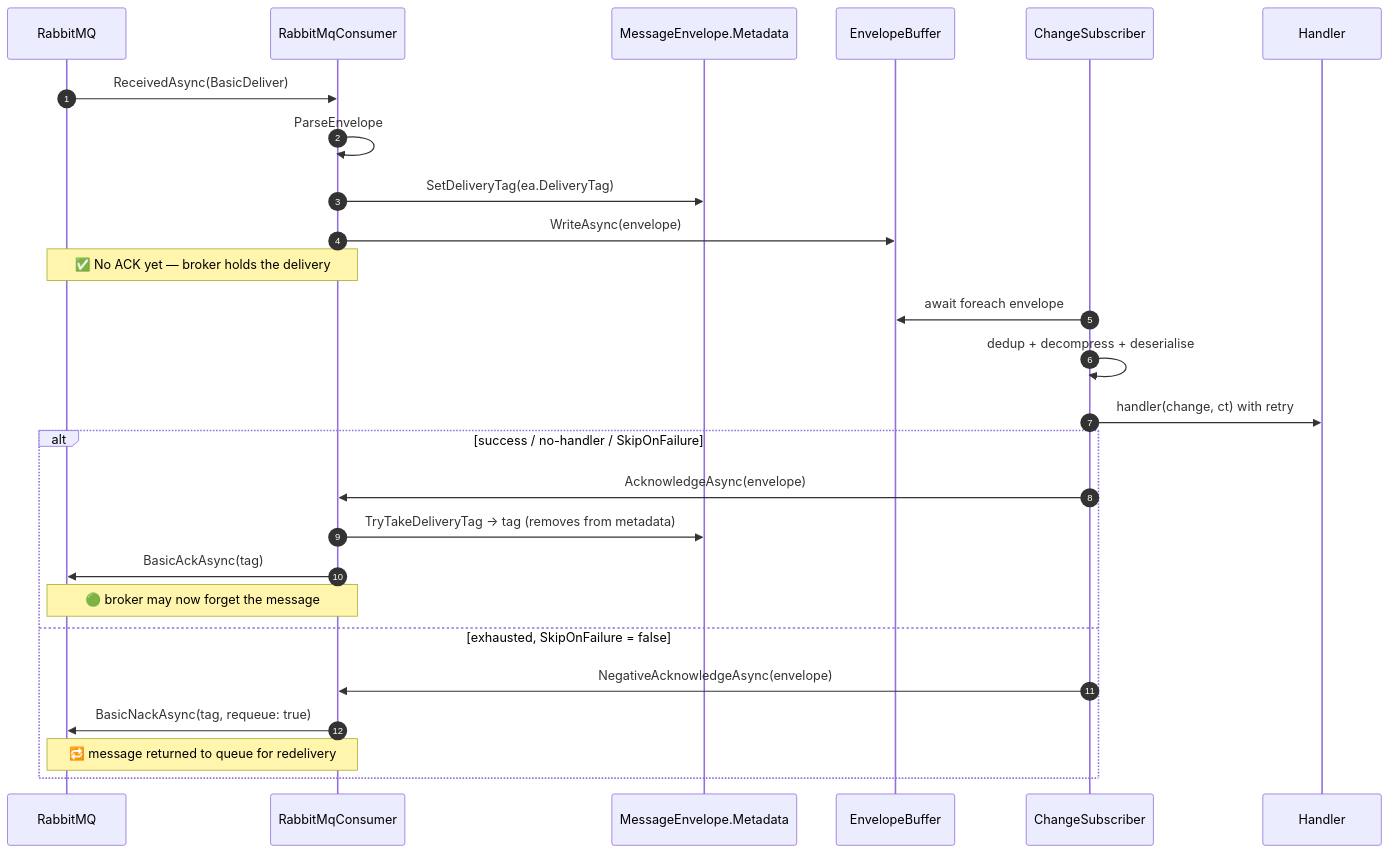
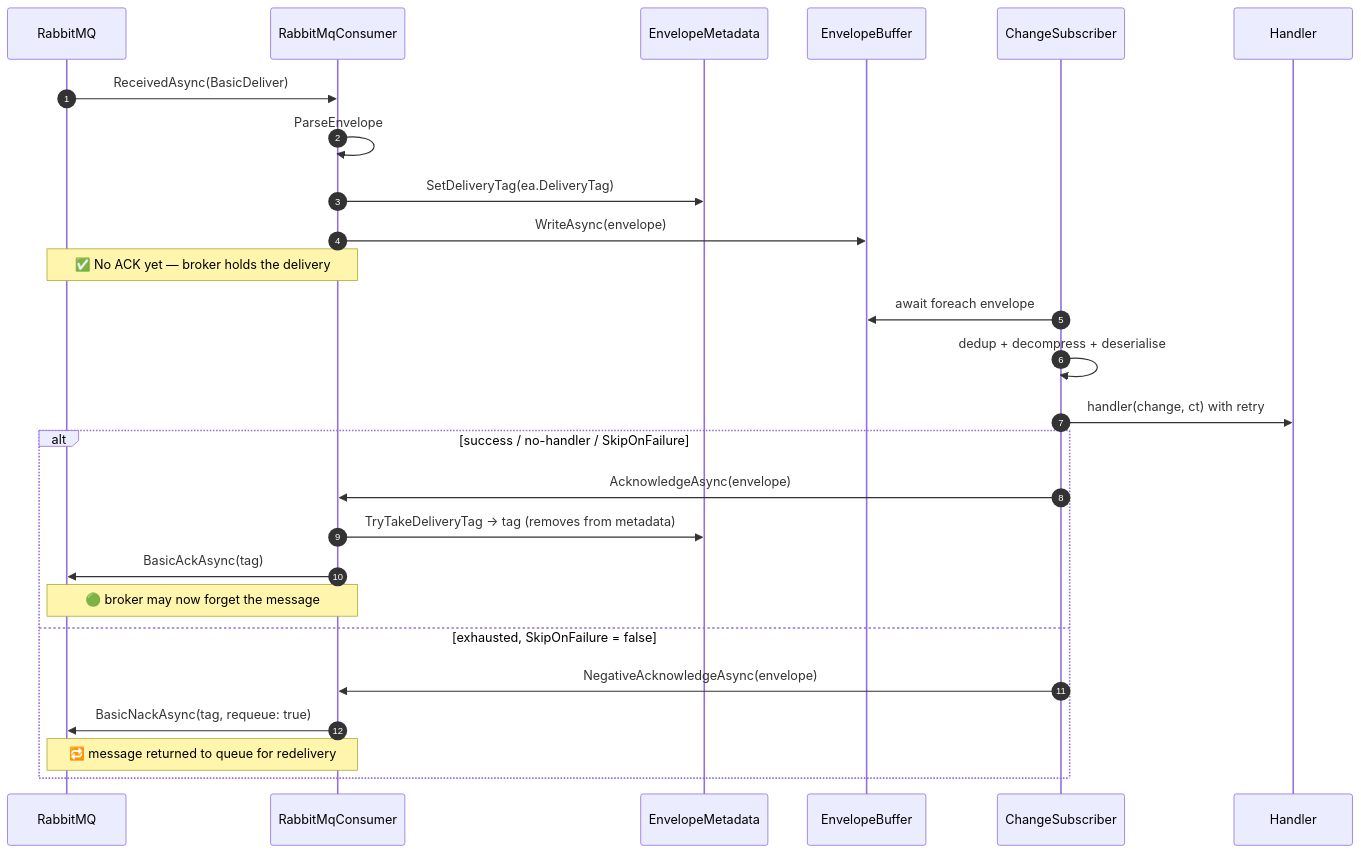
Before and after one commit to bitc0der/RayTree: the third of 4 diagrams in src/RayTree.Plugins.RabbitMQ/README.md, drawn with Mermaid. The commit also changed other lines of this file and 1 other file, not shown here.

Commit message:
Fix for pub diagram

````diff
--- a/src/RayTree.Plugins.RabbitMQ/README.md
+++ b/src/RayTree.Plugins.RabbitMQ/README.md
@@ -215,31 +215,31 @@
 ```mermaid
 sequenceDiagram
     autonumber
     participant Broker as RabbitMQ
     participant Cons as RabbitMqConsumer
-    participant Meta as MessageEnvelope.Metadata
+    participant Meta as EnvelopeMetadata
     participant Buf as EnvelopeBuffer
     participant Sub as ChangeSubscriber
     participant H as Handler
 
     Broker->>Cons: ReceivedAsync(BasicDeliver)
     Cons->>Cons: ParseEnvelope
     Cons->>Meta: SetDeliveryTag(ea.DeliveryTag)
     Cons->>Buf: WriteAsync(envelope)
     Note over Cons,Broker: ✅ No ACK yet — broker holds the delivery
 
     Sub->>Buf: await foreach envelope
     Sub->>Sub: dedup + decompress + deserialise
     Sub->>H: handler(change, ct) with retry
 
     alt success / no-handler / SkipOnFailure
         Sub->>Cons: AcknowledgeAsync(envelope)
         Cons->>Meta: TryTakeDeliveryTag → tag (removes from metadata)
         Cons->>Broker: BasicAckAsync(tag)
         Note over Cons,Broker: 🟢 broker may now forget the message
     else exhausted, SkipOnFailure = false
         Sub->>Cons: NegativeAcknowledgeAsync(envelope)
         Cons->>Broker: BasicNackAsync(tag, requeue: true)
         Note over Cons,Broker: 🔁 message returned to queue for redelivery
     end
 ```
````
